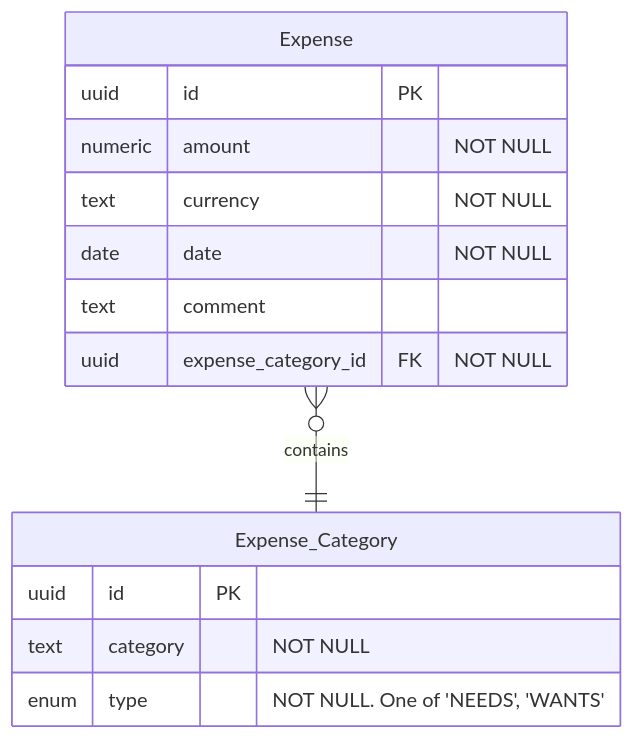
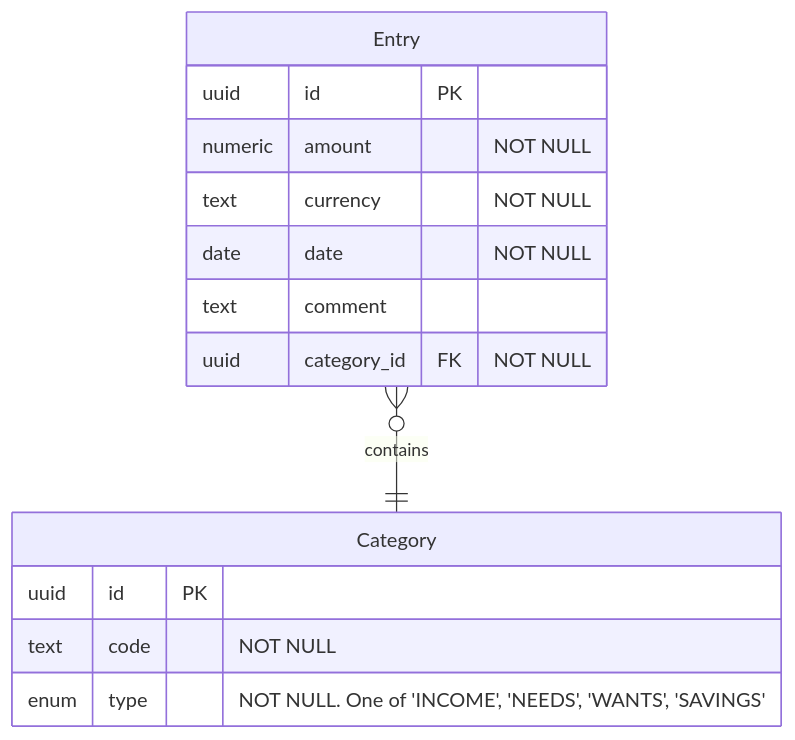
Before and after one commit to lawseff/simple-budget: the second of 2 diagrams in README.md, drawn with Mermaid. The commit also changed other lines of this file and 1 other file, not shown here.

Commit message:
Update schema, start openapi.yaml

````diff
--- a/README.md
+++ b/README.md
@@ -53,19 +50,19 @@
 ```mermaid
 erDiagram
-    Expense }o--|| Expense_Category : contains
+    Entry }o--|| Category : contains
     
-    Expense {
+    Entry {
         uuid    id                  PK
         numeric amount              "NOT NULL"
         text    currency            "NOT NULL"
         date    date                "NOT NULL"
         text    comment
-        uuid    expense_category_id FK "NOT NULL"
+        uuid    category_id FK "NOT NULL"
     }
     
-    Expense_Category {
-        uuid id       PK
-        text category "NOT NULL"
-        enum type     "NOT NULL. One of 'NEEDS', 'WANTS'"
+    Category {
+        uuid id   PK
+        text code "NOT NULL"
+        enum type "NOT NULL. One of 'INCOME', 'NEEDS', 'WANTS', 'SAVINGS'"
     }
 ```
````
